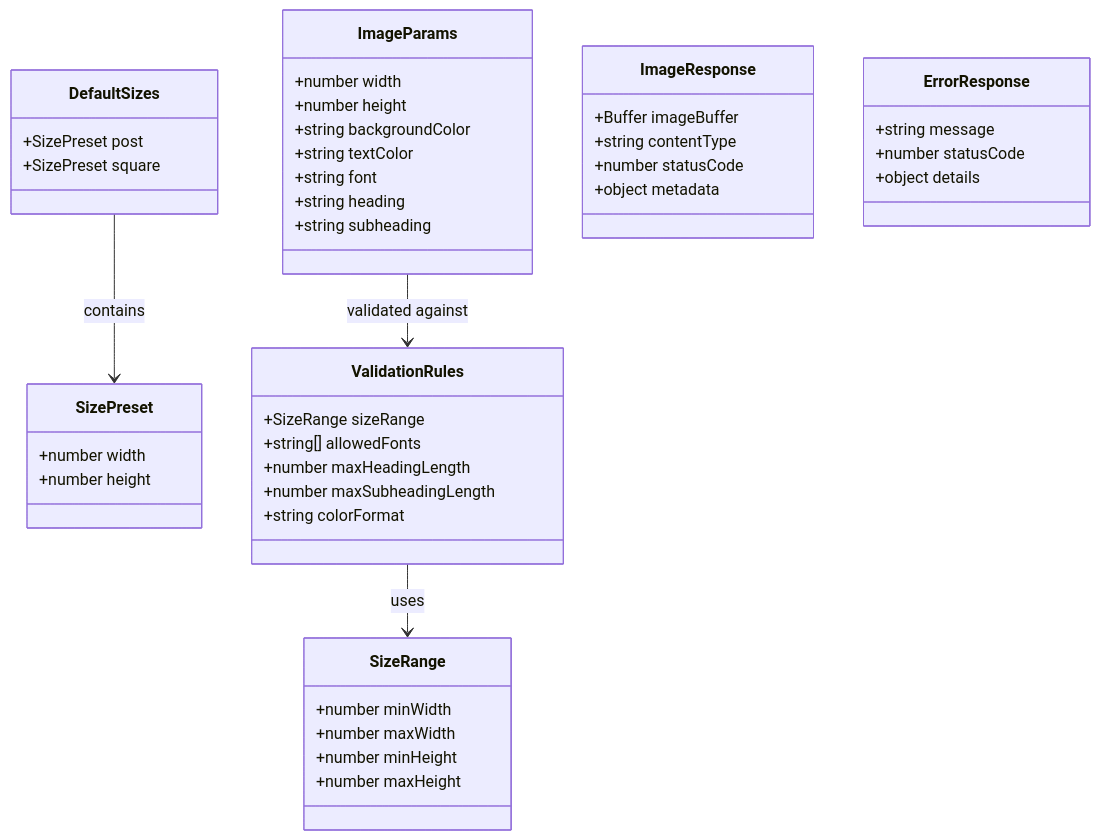
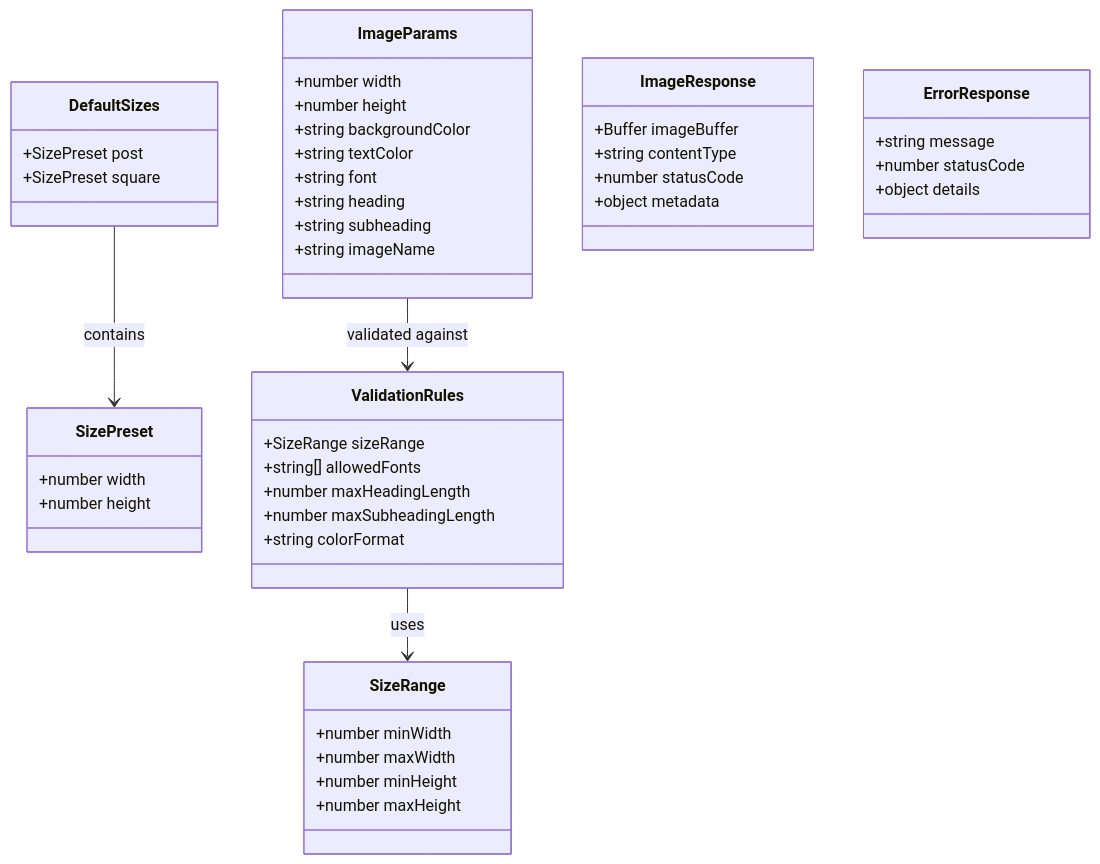
The second of 5 diagrams in docs/architecture.md (victoriacheng15/cover-craft), drawn with Mermaid before and after one commit. The commit also changed other lines of this file and 6 other files, not shown here.

````diff
--- a/docs/architecture.md
+++ b/docs/architecture.md
@@ -53,54 +54,55 @@
 ```mermaid
 classDiagram
     class ImageParams {
         +number width
         +number height
         +string backgroundColor
         +string textColor
         +string font
         +string heading
         +string subheading
+        +string imageName
     }
 
     class DefaultSizes {
         +SizePreset post
         +SizePreset square
     }
 
     class SizePreset {
         +number width
         +number height
     }
 
     class ImageResponse {
         +Buffer imageBuffer
         +string contentType
         +number statusCode
         +object metadata
     }
 
     class ErrorResponse {
         +string message
         +number statusCode
         +object details
     }
 
     class ValidationRules {
         +SizeRange sizeRange
         +string[] allowedFonts
         +number maxHeadingLength
         +number maxSubheadingLength
         +string colorFormat
     }
 
     class SizeRange {
         +number minWidth
         +number maxWidth
         +number minHeight
         +number maxHeight
     }
 
     DefaultSizes --> SizePreset : contains
     ValidationRules --> SizeRange : uses
     ImageParams --> ValidationRules : validated against
 ```
````
